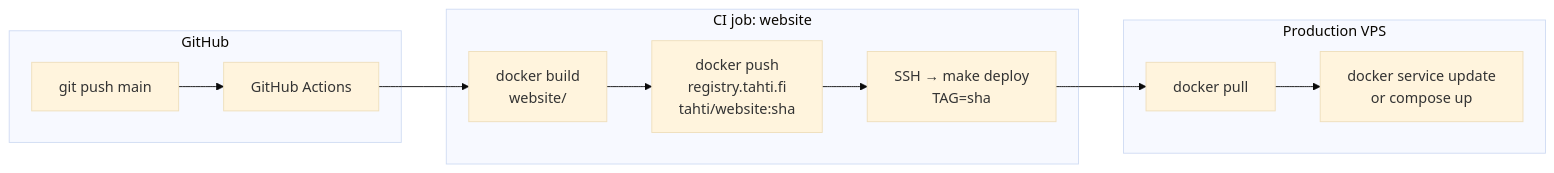
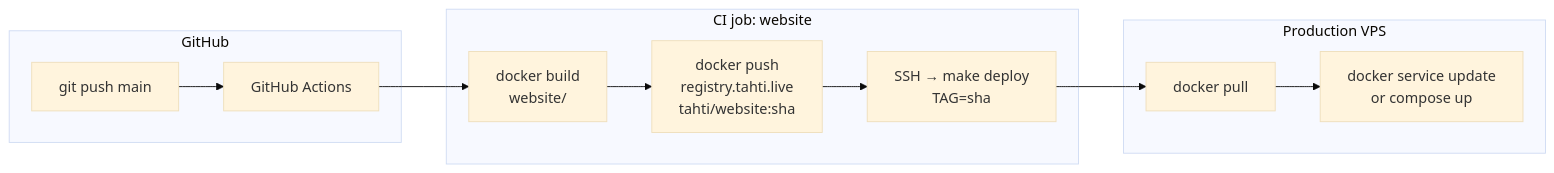
Before and after one commit to janiluuk/tahti-org: the second of 3 diagrams in docs/technical/phase-2.md, drawn with Mermaid (base theme). The commit also changed other lines of this file and 148 other files, not shown here.

First line of the commit message:
feat(m10): member governance, chat polish, domain rename to tahti.live

````diff
--- a/docs/technical/phase-2.md
+++ b/docs/technical/phase-2.md
@@ -46,17 +46,17 @@
 ```mermaid
 graph LR
     subgraph GitHub
         Push[git push main] --> GH[GitHub Actions]
     end
 
     subgraph "CI job: website"
         GH --> Build[docker build\nwebsite/]
-        Build --> Push2[docker push\nregistry.tahti.fi\ntahti/website:sha]
+        Build --> Push2[docker push\nregistry.tahti.live\ntahti/website:sha]
         Push2 --> Deploy[SSH → make deploy\nTAG=sha]
     end
 
     subgraph "Production VPS"
         Deploy --> Pull[docker pull]
         Pull --> Update[docker service update\nor compose up]
     end
 ```
````
